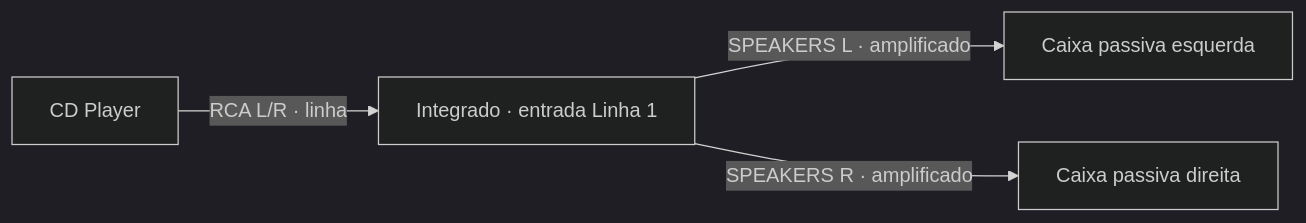
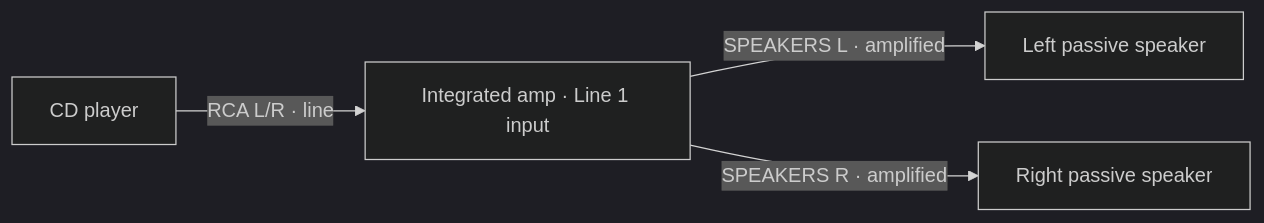
The first of 2 diagrams in README.md (gperegr/AudioSystem), drawn with Mermaid (dark theme) before and after one commit. The commit also changed other lines of this file and 79 other files, not shown here.

````diff
--- a/README.md
+++ b/README.md
@@ -31,6 +31,6 @@
 ```mermaid
 flowchart LR
-    CD["CD Player"] -->|"RCA L/R · linha"| INT["Integrado · entrada Linha 1"]
-    INT -->|"SPEAKERS L · amplificado"| L["Caixa passiva esquerda"]
-    INT -->|"SPEAKERS R · amplificado"| R["Caixa passiva direita"]
+    CD["CD player"] -->|"RCA L/R · line"| INT["Integrated amp · Line 1 input"]
+    INT -->|"SPEAKERS L · amplified"| L["Left passive speaker"]
+    INT -->|"SPEAKERS R · amplified"| R["Right passive speaker"]
 ```
````
